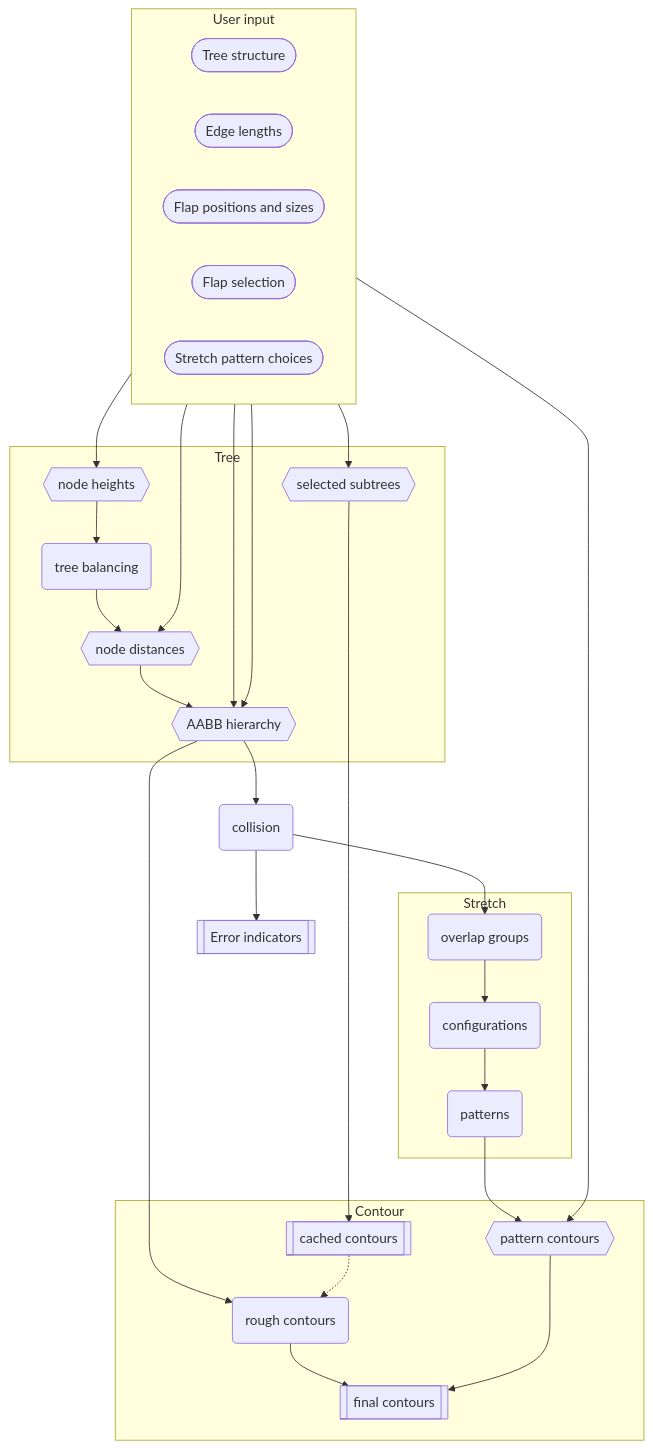
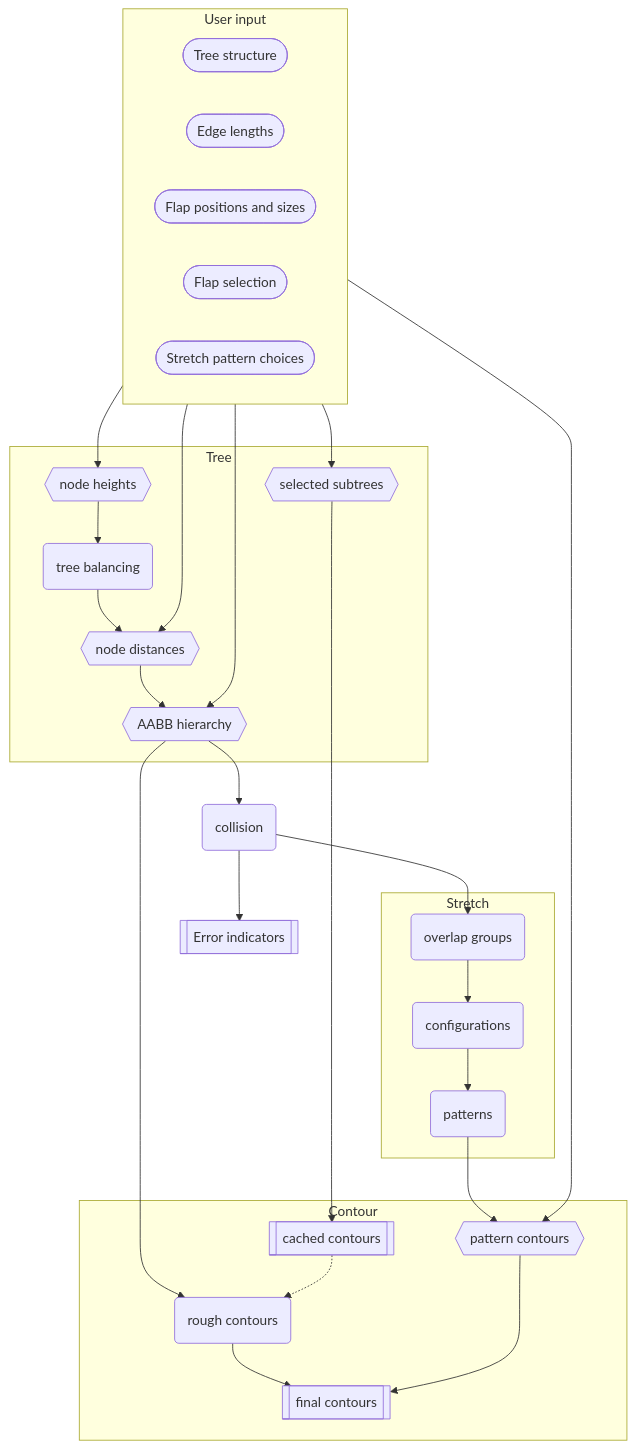
The diagram in src/core/README.md (bp-studio/box-pleating-studio), drawn with Mermaid before and after one commit. The commit also changed 8 other files, not shown here.

````diff
--- a/src/core/README.md
+++ b/src/core/README.md
@@ -16,39 +16,39 @@
 ```mermaid
 flowchart TB
 subgraph User input
 	direction LR
 	T([Tree structure])
 	L([Edge lengths])
 	F([Flap positions and sizes])
 	S([Flap selection])
 	P([Stretch pattern choices])
 end
 subgraph Tree
 	h{{node heights}}
 	b(tree balancing)
 	d{{node distances}}
 	a{{AABB hierarchy}}
 	s{{selected subtrees}}
 end
 k(collision)
 e[[Error indicators]]
 subgraph Stretch
 	g(overlap groups)
 	c(configurations)
 	p(patterns)
 end
 subgraph Contour
 	cc[[cached contours]]
 	rc(rough contours)
 	pc{{pattern contours}}
 	fc[[final contours]]
 end
 
 T --> h --> b
-b & L --> d --> a
-L & F --> a --> rc --> fc
+b & L --> d
+d & F --> a --> rc --> fc
 a --> k --> e & g
 g --> c --> p
 S --> s ---------> cc -.-> rc
 p & P --> pc --> fc
 ```
````
